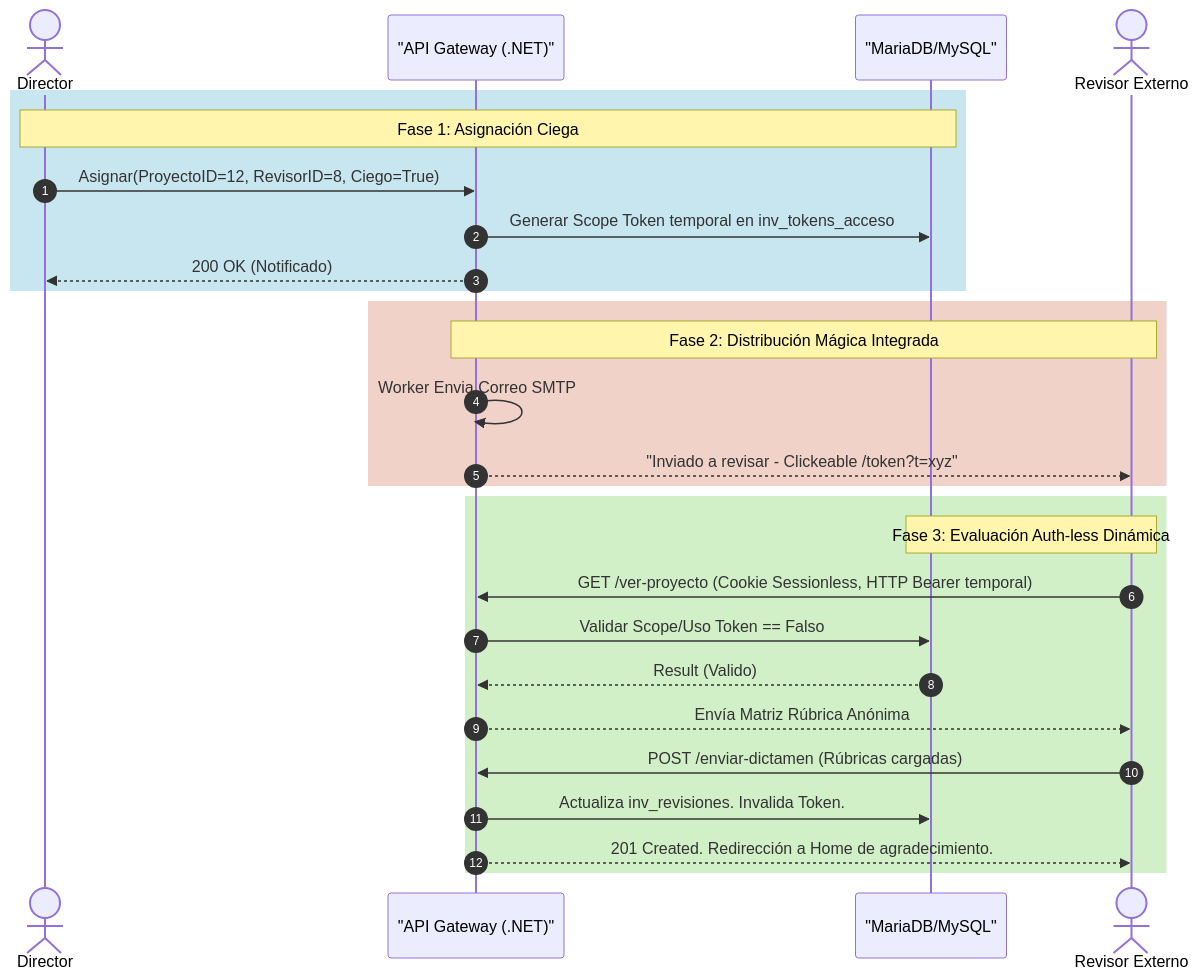
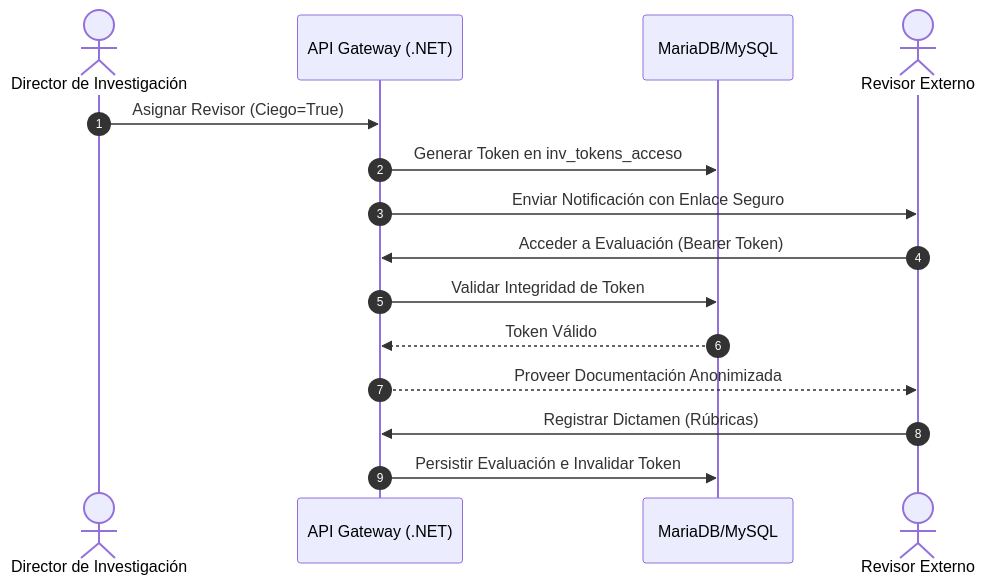
Before and after one commit to JorgeDoicela/diitra: the first of 2 diagrams in docs/documentacion/06_flujos_trabajo.md, drawn with Mermaid. The commit also changed other lines of this file and 22 other files, not shown here.

````diff
--- a/docs/documentacion/06_flujos_trabajo.md
+++ b/docs/documentacion/06_flujos_trabajo.md
@@ -9,32 +9,19 @@
 ```mermaid
 sequenceDiagram
     autonumber
-    actor DR as Director
-    participant GW as "API Gateway (.NET)"
-    participant DB as "MariaDB/MySQL"
+    actor DR as Director de Investigación
+    participant GW as API Gateway (.NET)
+    participant DB as MariaDB/MySQL
     actor RE as Revisor Externo
     
-    rect rgb(200, 230, 240)
-        Note over DR,DB: Fase 1: Asignación Ciega
-        DR->>GW: Asignar(ProyectoID=12, RevisorID=8, Ciego=True)
-        GW->>DB: Generar Scope Token temporal en inv_tokens_acceso
-        GW-->>DR: 200 OK (Notificado)
-    end
+    DR->>GW: Asignar Revisor (Ciego=True)
+    GW->>DB: Generar Token en inv_tokens_acceso
+    GW->>RE: Enviar Notificación con Enlace Seguro
     
-    rect rgb(240, 210, 200)
-        Note over GW,RE: Fase 2: Distribución Mágica Integrada
-        GW->>GW: Worker Envia Correo SMTP
-        GW-->>RE: "Inviado a revisar - Clickeable /token?t=xyz"
-    end
-    
-    rect rgb(210, 240, 200)
-        Note over RE,DB: Fase 3: Evaluación Auth-less Dinámica
-        RE->>GW: GET /ver-proyecto (Cookie Sessionless, HTTP Bearer temporal)
-        GW->>DB: Validar Scope/Uso Token == Falso
-        DB-->>GW: Result (Valido)
-        GW-->>RE: Envía Matriz Rúbrica Anónima
-        RE->>GW: POST /enviar-dictamen (Rúbricas cargadas)
-        GW->>DB: Actualiza inv_revisiones. Invalida Token.
-        GW-->>RE: 201 Created. Redirección a Home de agradecimiento.
-    end
+    RE->>GW: Acceder a Evaluación (Bearer Token)
+    GW->>DB: Validar Integridad de Token
+    DB-->>GW: Token Válido
+    GW-->>RE: Proveer Documentación Anonimizada
+    RE->>GW: Registrar Dictamen (Rúbricas)
+    GW->>DB: Persistir Evaluación e Invalidar Token
 ```
````
